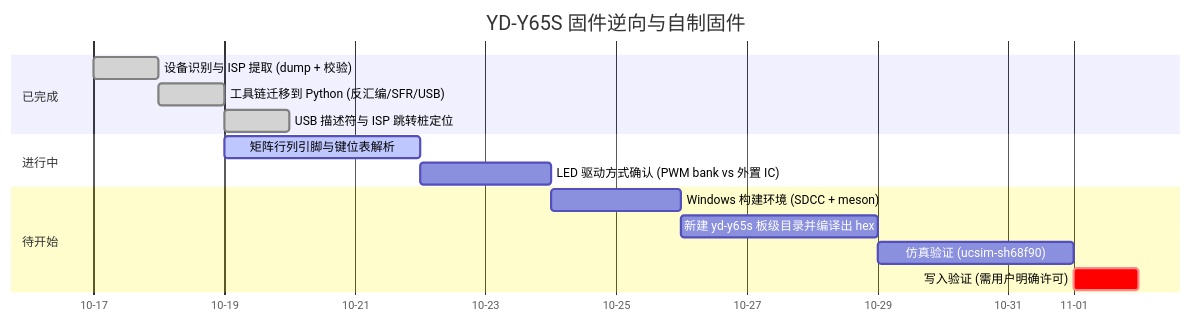
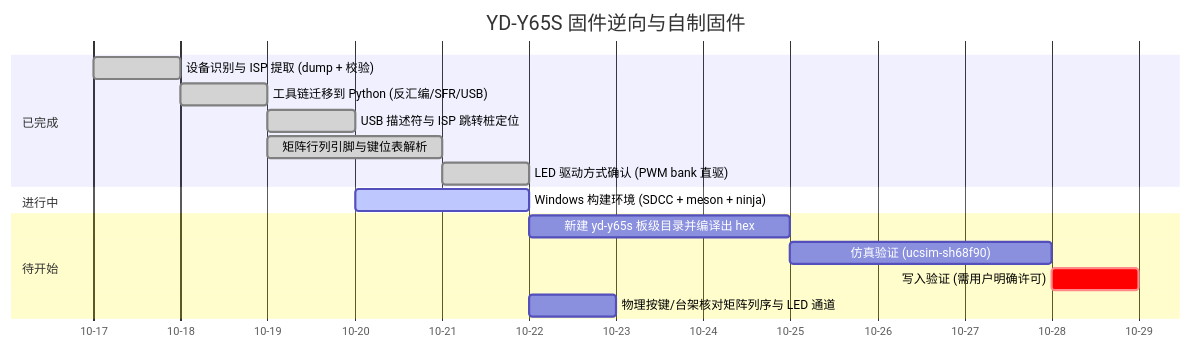
One commit to adam-ikari/y65s_cfw changed the diagram in brain/roadmap.md. Above: the diagram before and after it, drawn with Mermaid. The commit also changed other lines of this file and 10 other files, not shown here.

First line of the commit message:
Decode matrix/keymap + LED PWM; fix brain CRLF/CLI corruption

````diff
--- a/brain/roadmap.md
+++ b/brain/roadmap.md
@@ -12,18 +12,19 @@
 ```mermaid
 gantt
   title YD-Y65S 固件逆向与自制固件
   dateFormat YYYY-MM-DD
   axisFormat %m-%d
   section 已完成
   设备识别与 ISP 提取 (dump + 校验)        :done, a1, 2026-10-17, 1d
   工具链迁移到 Python (反汇编/SFR/USB)     :done, a2, after a1, 1d
   USB 描述符与 ISP 跳转桩定位              :done, a3, after a2, 1d
+  矩阵行列引脚与键位表解析                 :done, b1, 2026-10-19, 2d
+  LED 驱动方式确认 (PWM bank 直驱)         :done, b2, after b1, 1d
   section 进行中
-  矩阵行列引脚与键位表解析                 :active, b1, 2026-10-19, 3d
-  LED 驱动方式确认 (PWM bank vs 外置 IC)   :b2, after b1, 2d
+  Windows 构建环境 (SDCC + meson + ninja)  :active, c1, 2026-10-20, 2d
   section 待开始
-  Windows 构建环境 (SDCC + meson)          :c1, after b2, 2d
   新建 yd-y65s 板级目录并编译出 hex        :c2, after c1, 3d
   仿真验证 (ucsim-sh68f90)                 :c3, after c2, 3d
   写入验证 (需用户明确许可)                :crit, c4, after c3, 1d
+  物理按键/台架核对矩阵列序与 LED 通道     :c5, after c1, 1d
 ```
````
